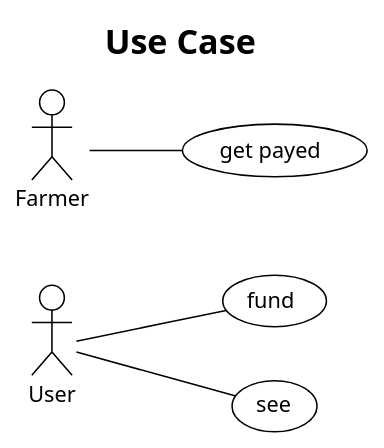
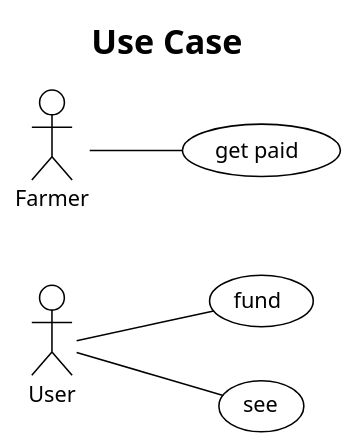
Before and after one commit to FrankBevr/100-Ideas: the first of 3 diagrams in practice/03/03-Ideas.md, drawn with PlantUML. The commit also changed other lines of this file and 1 other file, not shown here.

````diff
--- a/practice/03/03-Ideas.md
+++ b/practice/03/03-Ideas.md
@@ -151,11 +163,11 @@
 ```plantuml
 !theme plain
 left to right direction
 skinparam actorBorderThickness 1
 
 title Use Case
 
 User -- (fund)
 User -- (see)
-Farmer -- (get payed)
+Farmer -- (get paid)
 ```
````
